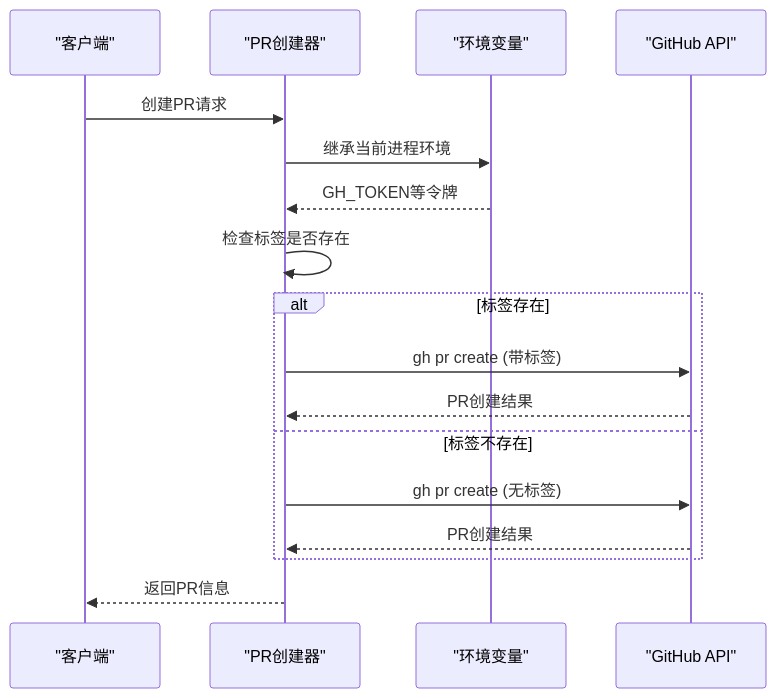
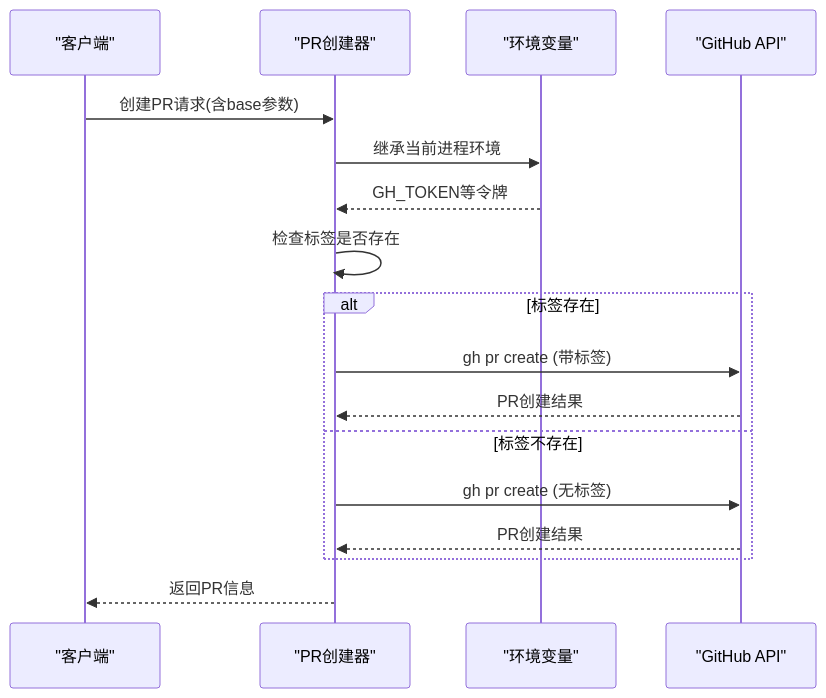
Before and after one commit to pinsonchen/vivify: the third of 8 diagrams in .qoder/repowiki/zh/content/技术实现参考/代码替换策略/PR创建和工作树管理.md, drawn with Mermaid. The commit also changed other lines of this file and 9 other files, not shown here.

````diff
--- a/.qoder/repowiki/zh/content/技术实现参考/代码替换策略/PR创建和工作树管理.md
+++ b/.qoder/repowiki/zh/content/技术实现参考/代码替换策略/PR创建和工作树管理.md
@@ -165,19 +189,19 @@
 ```mermaid
 sequenceDiagram
 participant Client as "客户端"
 participant Creator as "PR创建器"
 participant Env as "环境变量"
 participant GitHub as "GitHub API"
-Client->>Creator : 创建PR请求
+Client->>Creator : 创建PR请求(含base参数)
 Creator->>Env : 继承当前进程环境
 Env-->>Creator : GH_TOKEN等令牌
 Creator->>Creator : 检查标签是否存在
 alt 标签存在
 Creator->>GitHub : gh pr create (带标签)
 GitHub-->>Creator : PR创建结果
 else 标签不存在
 Creator->>GitHub : gh pr create (无标签)
 GitHub-->>Creator : PR创建结果
 end
 Creator-->>Client : 返回PR信息
 ```
````
